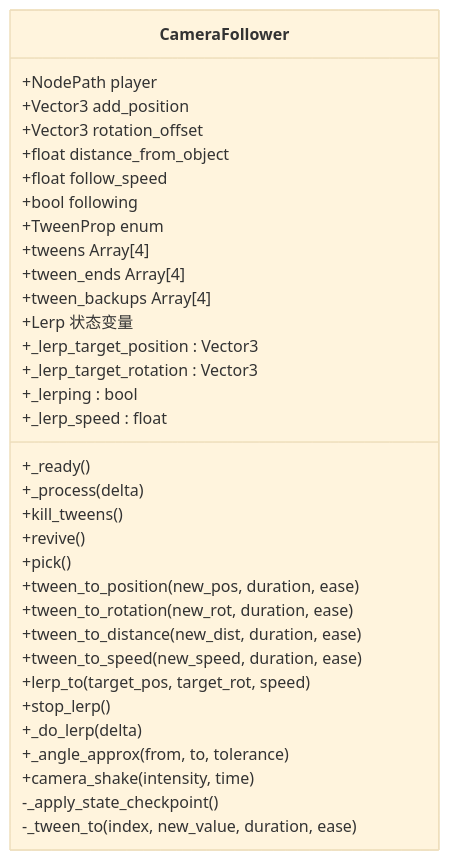
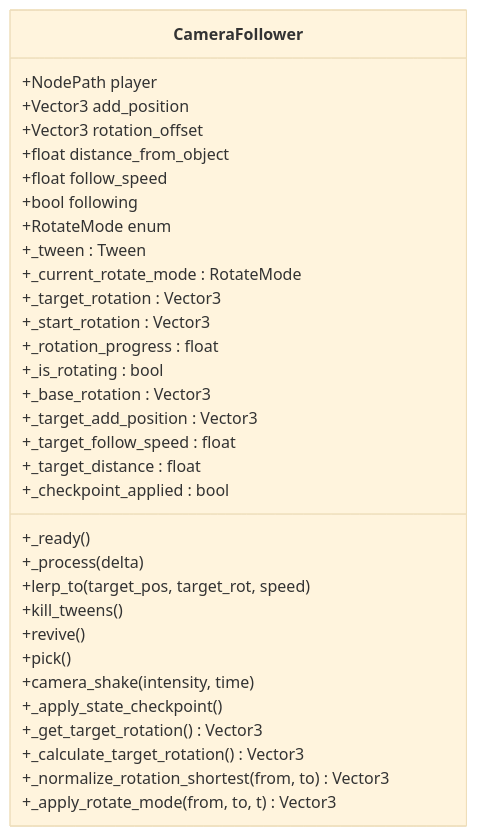
Before and after one commit to godotline/godot-line: the third of 12 diagrams in .qoder/repowiki/zh/content/游戏系统/相机系统/相机跟随系统.md, drawn with Mermaid (base theme). The commit also changed other lines of this file and 55 other files, not shown here.

````diff
--- a/.qoder/repowiki/zh/content/游戏系统/相机系统/相机跟随系统.md
+++ b/.qoder/repowiki/zh/content/游戏系统/相机系统/相机跟随系统.md
@@ -150,36 +150,35 @@
 ```mermaid
 classDiagram
 class CameraFollower {
 +NodePath player
 +Vector3 add_position
 +Vector3 rotation_offset
 +float distance_from_object
 +float follow_speed
 +bool following
-+TweenProp enum
-+tweens Array[4]
-+tween_ends Array[4]
-+tween_backups Array[4]
-+Lerp 状态变量
-+_lerp_target_position : Vector3
-+_lerp_target_rotation : Vector3
-+_lerping : bool
-+_lerp_speed : float
++RotateMode enum
++_tween : Tween
++_current_rotate_mode : RotateMode
++_target_rotation : Vector3
++_start_rotation : Vector3
++_rotation_progress : float
++_is_rotating : bool
++_base_rotation : Vector3
++_target_add_position : Vector3
++_target_follow_speed : float
++_target_distance : float
++_checkpoint_applied : bool
 +_ready()
 +_process(delta)
++lerp_to(target_pos, target_rot, speed)
 +kill_tweens()
 +revive()
 +pick()
-+tween_to_position(new_pos, duration, ease)
-+tween_to_rotation(new_rot, duration, ease)
-+tween_to_distance(new_dist, duration, ease)
-+tween_to_speed(new_speed, duration, ease)
-+lerp_to(target_pos, target_rot, speed)
-+stop_lerp()
-+_do_lerp(delta)
-+_angle_approx(from, to, tolerance)
 +camera_shake(intensity, time)
--_apply_state_checkpoint()
--_tween_to(index, new_value, duration, ease)
++_apply_state_checkpoint()
++_get_target_rotation() Vector3
++_calculate_target_rotation() Vector3
++_normalize_rotation_shortest(from, to) Vector3
++_apply_rotate_mode(from, to, t) Vector3
 }
 ```
````
